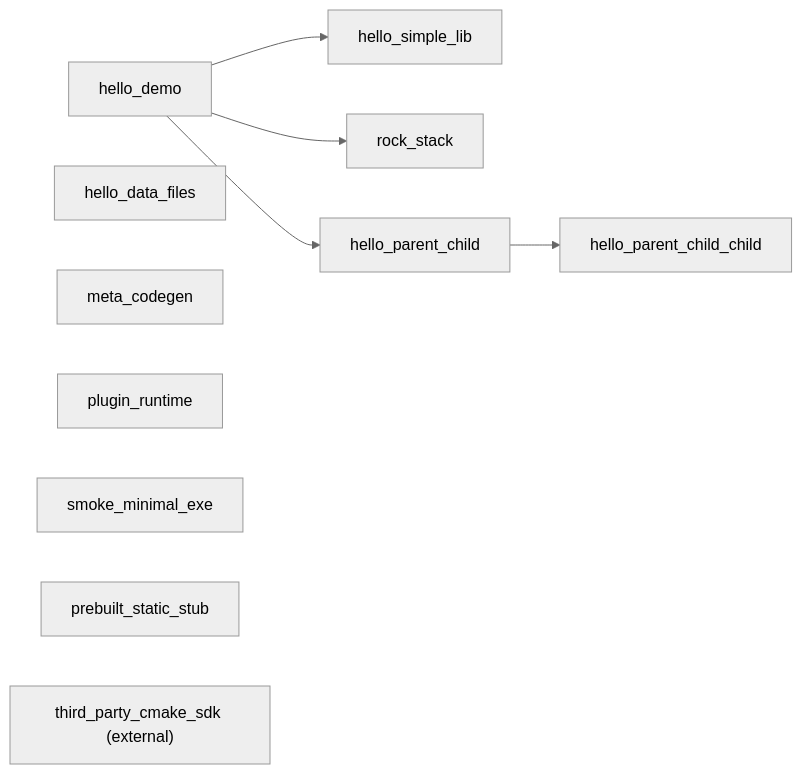
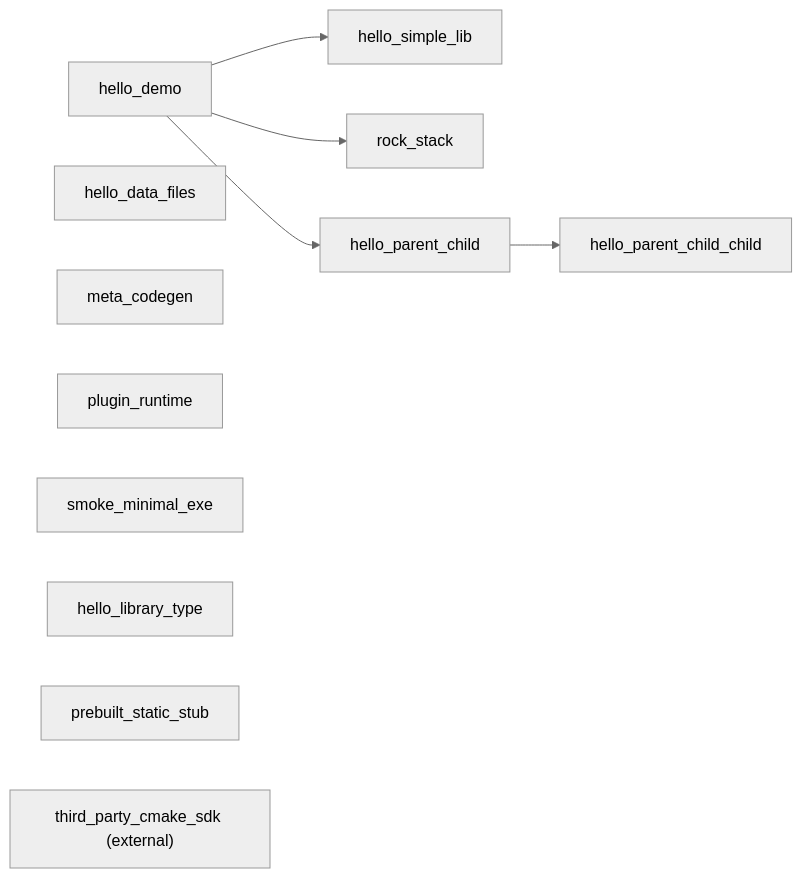
One commit to shelltdf/up changed the diagram in test_projects/README.md. Above: the diagram before and after it, drawn with Mermaid (neutral theme). The commit also changed other lines of this file and 29 other files, not shown here.

````diff
--- a/test_projects/README.md
+++ b/test_projects/README.md
@@ -24,18 +25,19 @@
 ```mermaid
 flowchart LR
   hello_simple_lib["hello_simple_lib"]
   hello_demo["hello_demo"]
   rock_stack["rock_stack"]
   hello_parent_child["hello_parent_child"]
   hello_parent_child_child["hello_parent_child_child"]
   hello_data_files["hello_data_files"]
   meta_codegen["meta_codegen"]
   plugin_runtime["plugin_runtime"]
   smoke_minimal_exe["smoke_minimal_exe"]
+  hello_library_type["hello_library_type"]
   prebuilt_static_stub["prebuilt_static_stub"]
   thirdPartyCmakeSdk["third_party_cmake_sdk (external)"]
   hello_demo --> hello_simple_lib
   hello_demo --> rock_stack
   hello_demo --> hello_parent_child
   hello_parent_child --> hello_parent_child_child
 ```
````
